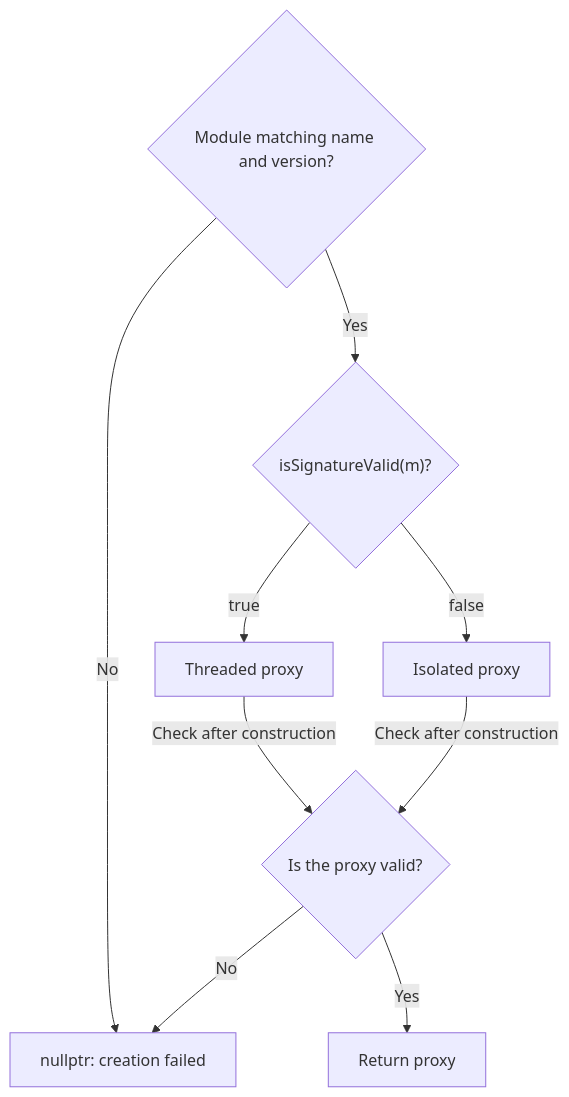
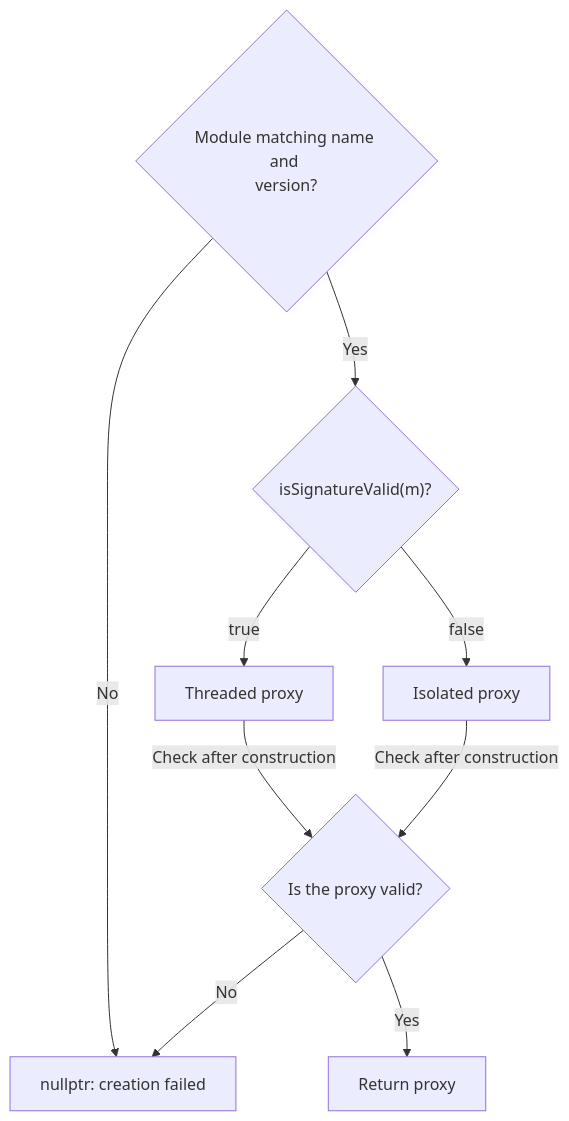
Before and after one commit to TTolsun/libcamera-sdd: the diagram in docs/en/ipa.proxy-selection.mmd, drawn with Mermaid. The commit also changed 98 other files, not shown here.

```diff
--- a/docs/en/ipa.proxy-selection.mmd
+++ b/docs/en/ipa.proxy-selection.mmd
@@ -1,17 +1,17 @@
 flowchart TB
 
-  v_module{"Module matching name and version?"}
+  v_module{"Module matching name and <br/>version?"}
   v_signature{"isSignatureValid(m)?"}
   v_threaded["Threaded proxy"]
   v_isolated["Isolated proxy"]
   v_valid{"Is the proxy valid?"}
   v_failure["nullptr: creation failed"]
   v_success["Return proxy"]
   v_module -->|"No"| v_failure
   v_module -->|"Yes"| v_signature
   v_signature -->|"true"| v_threaded
   v_signature -->|"false"| v_isolated
   v_threaded -->|"Check after construction"| v_valid
   v_isolated -->|"Check after construction"| v_valid
   v_valid -->|"No"| v_failure
   v_valid -->|"Yes"| v_success
```
